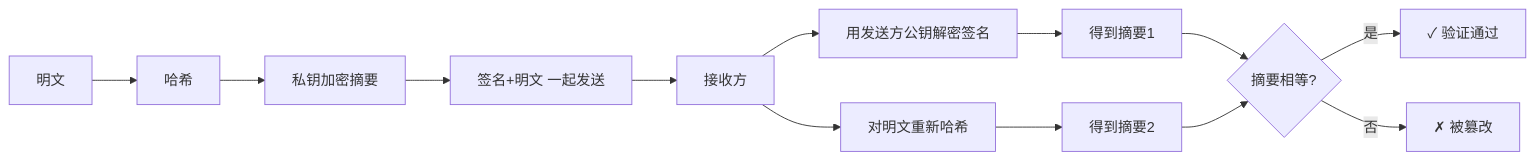
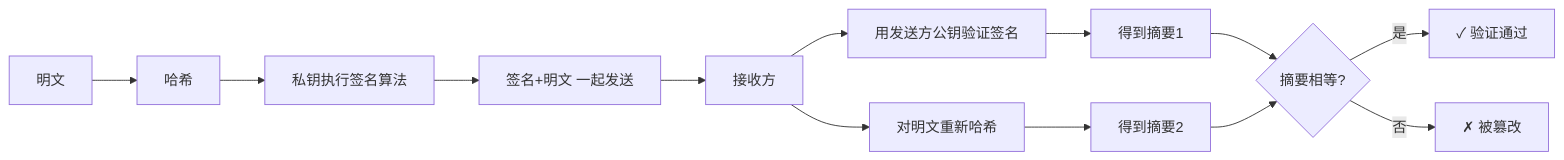
One commit to 74262195/system-architect-notes changed the diagram in 01_综合知识/03_信息安全技术/01_密码学与PKI/数字签名.md. Above: the diagram before and after it, drawn with Mermaid. The commit also changed other lines of this file, not shown here.

````diff
--- a/01_综合知识/03_信息安全技术/01_密码学与PKI/数字签名.md
+++ b/01_综合知识/03_信息安全技术/01_密码学与PKI/数字签名.md
@@ -25,15 +32,15 @@
 ```mermaid
 flowchart LR
     A[明文] --> B[哈希]
-    B --> C[私钥加密摘要]
+    B --> C[私钥执行签名算法]
     C --> D[签名+明文 一起发送]
     D --> E[接收方]
-    E --> F[用发送方公钥解密签名]
+    E --> F[用发送方公钥验证签名]
     F --> G[得到摘要1]
     E --> H[对明文重新哈希]
     H --> I[得到摘要2]
     G --> J{摘要相等?}
     I --> J
     J -->|是| K[✓ 验证通过]
     J -->|否| L[✗ 被篡改]
 ```
````
